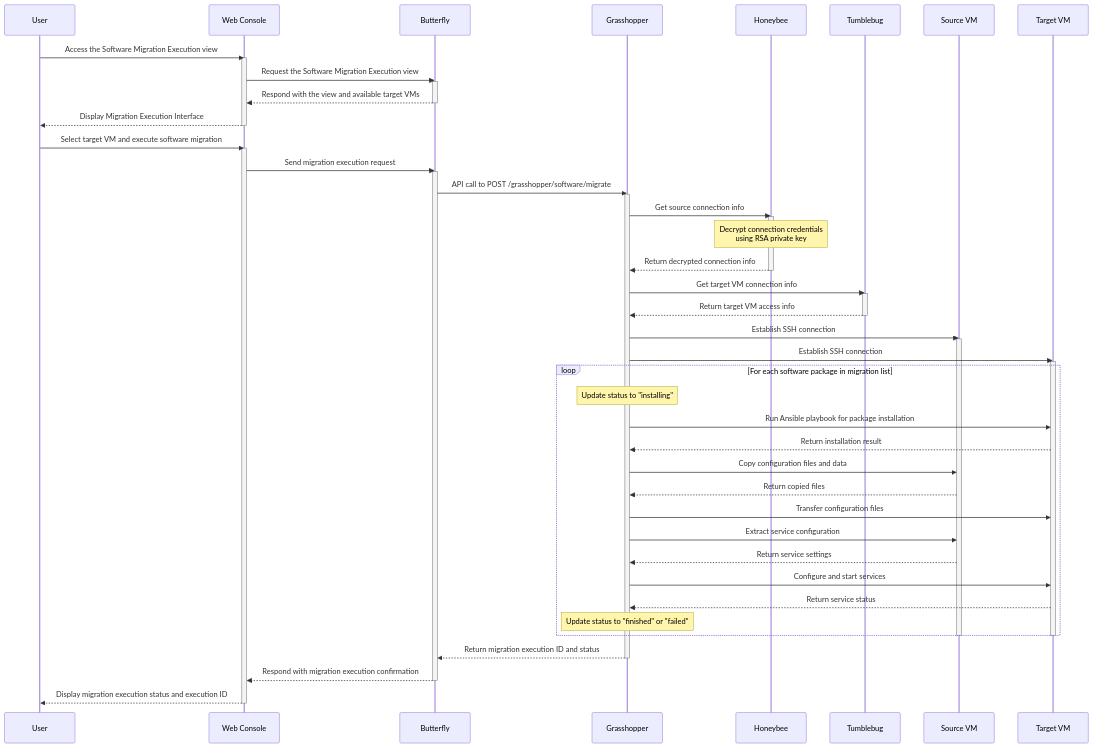
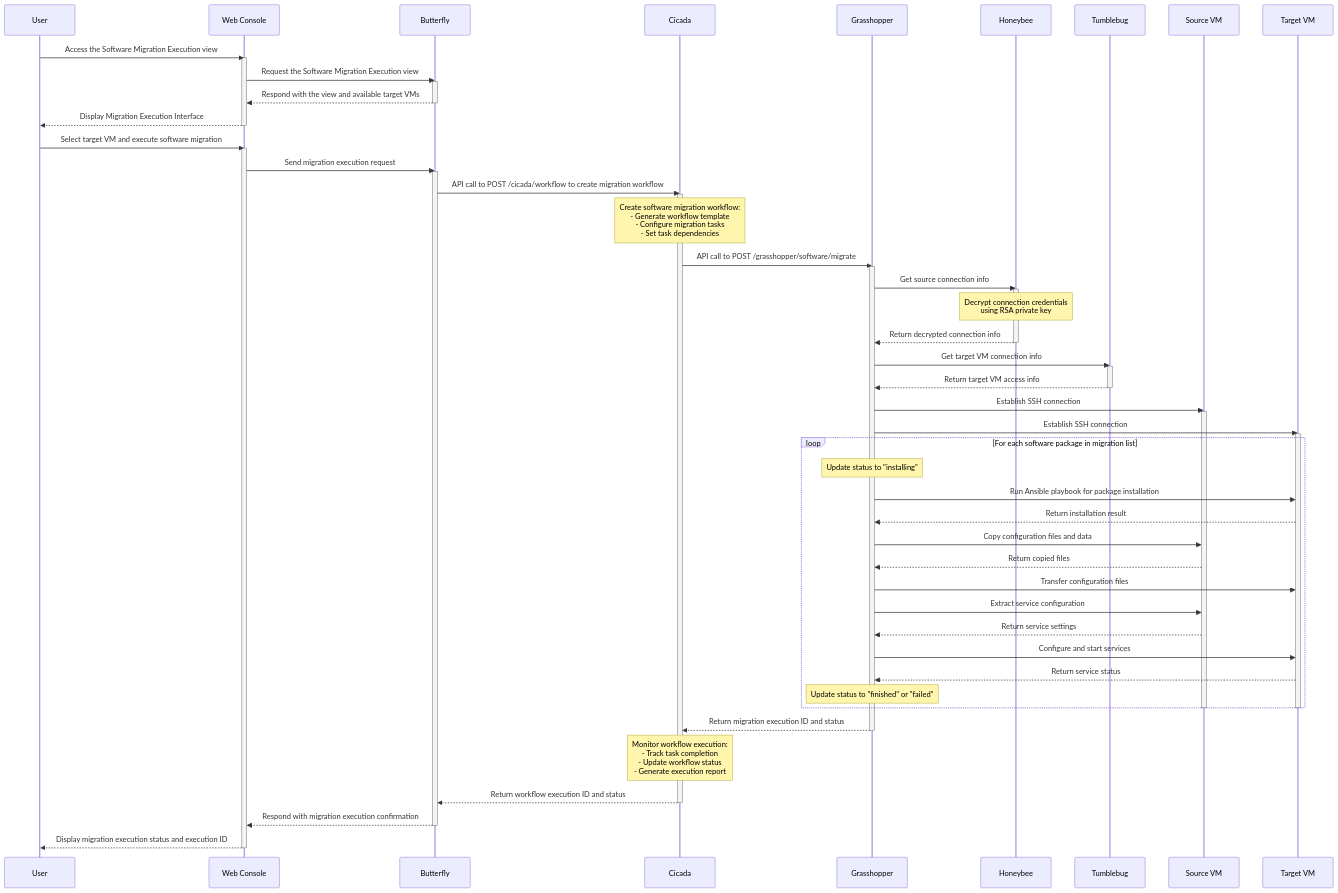
Before and after one commit to cloud-barista/cloud-migrator: the fifth of 6 diagrams in docs/02-user-scenario-for-software-migration.md, drawn with Mermaid. The commit also changed other lines of this file, not shown here.

Commit message:
docs: software: Add ciacada steps

````diff
--- a/docs/02-user-scenario-for-software-migration.md
+++ b/docs/02-user-scenario-for-software-migration.md
@@ -263,74 +272,81 @@
 ```mermaid
 sequenceDiagram
     participant User as User
     participant Browser as Web Console
     participant Butterfly as Butterfly
+    participant Cicada as Cicada
     participant Grasshopper as Grasshopper
     participant Honeybee as Honeybee
     participant Tumblebug as Tumblebug
     participant SourceVM as Source VM
     participant TargetVM as Target VM
 
     %% Step 0: User accesses Software Migration Execution View
     User->>Browser: Access the Software Migration Execution view
     activate Browser
     Browser->>Butterfly: Request the Software Migration Execution view
     activate Butterfly
     Butterfly-->>Browser: Respond with the view and available target VMs
     deactivate Butterfly
     Browser-->>User: Display Migration Execution Interface
     deactivate Browser
 
-    %% Step 1: Select Target and Execute Migration
+    %% Step 1: Create Migration Workflow
     User->>Browser: Select target VM and execute software migration
     activate Browser
     Browser->>Butterfly: Send migration execution request
     activate Butterfly
-    Butterfly->>Grasshopper: API call to POST /grasshopper/software/migrate
+    Butterfly->>Cicada: API call to POST /cicada/workflow to create migration workflow
+    activate Cicada
+    Note over Cicada: Create software migration workflow:<br/>- Generate workflow template<br/>- Configure migration tasks<br/>- Set task dependencies
+    Cicada->>Grasshopper: API call to POST /grasshopper/software/migrate
     activate Grasshopper
     
     %% Establish SSH connections
     Grasshopper->>Honeybee: Get source connection info
     activate Honeybee
     Note over Honeybee: Decrypt connection credentials<br/>using RSA private key
     Honeybee-->>Grasshopper: Return decrypted connection info
     deactivate Honeybee
     
     Grasshopper->>Tumblebug: Get target VM connection info
     activate Tumblebug
     Tumblebug-->>Grasshopper: Return target VM access info
     deactivate Tumblebug
     
     Grasshopper->>SourceVM: Establish SSH connection
     activate SourceVM
     Grasshopper->>TargetVM: Establish SSH connection  
     activate TargetVM
     
     %% Execute migration for each software package
     loop For each software package in migration list
         Note over Grasshopper: Update status to "installing"
         Grasshopper->>TargetVM: Run Ansible playbook for package installation
         TargetVM-->>Grasshopper: Return installation result
         
         Grasshopper->>SourceVM: Copy configuration files and data
         SourceVM-->>Grasshopper: Return copied files
         Grasshopper->>TargetVM: Transfer configuration files
         
         Grasshopper->>SourceVM: Extract service configuration
         SourceVM-->>Grasshopper: Return service settings
         Grasshopper->>TargetVM: Configure and start services
         TargetVM-->>Grasshopper: Return service status
         
         Note over Grasshopper: Update status to "finished" or "failed"
     end
     
     deactivate SourceVM
     deactivate TargetVM
     
-    Grasshopper-->>Butterfly: Return migration execution ID and status
+    Grasshopper-->>Cicada: Return migration execution ID and status
     deactivate Grasshopper
+    Note over Cicada: Monitor workflow execution:<br/>- Track task completion<br/>- Update workflow status<br/>- Generate execution report
+    Cicada-->>Butterfly: Return workflow execution ID and status
+    deactivate Cicada
     Butterfly-->>Browser: Respond with migration execution confirmation
     deactivate Butterfly
     Browser-->>User: Display migration execution status and execution ID
     deactivate Browser
 ```
````
